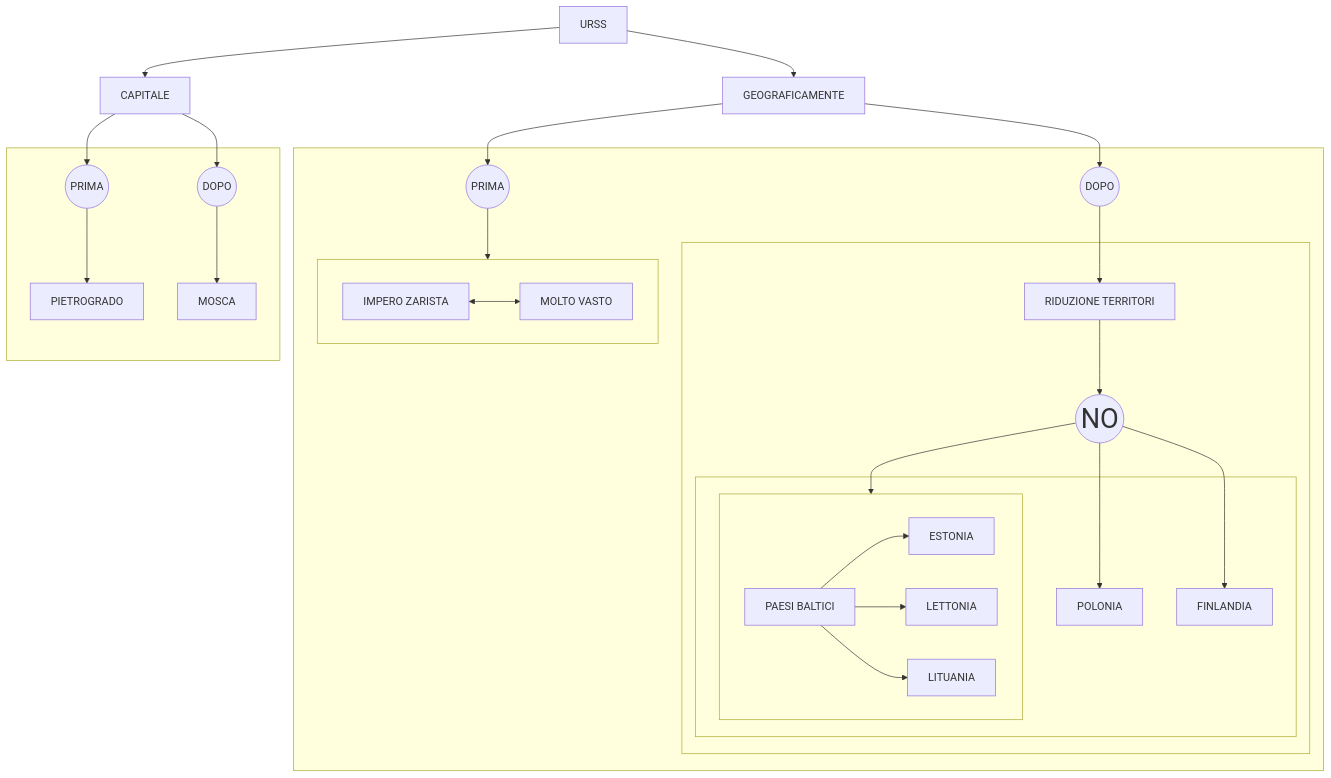
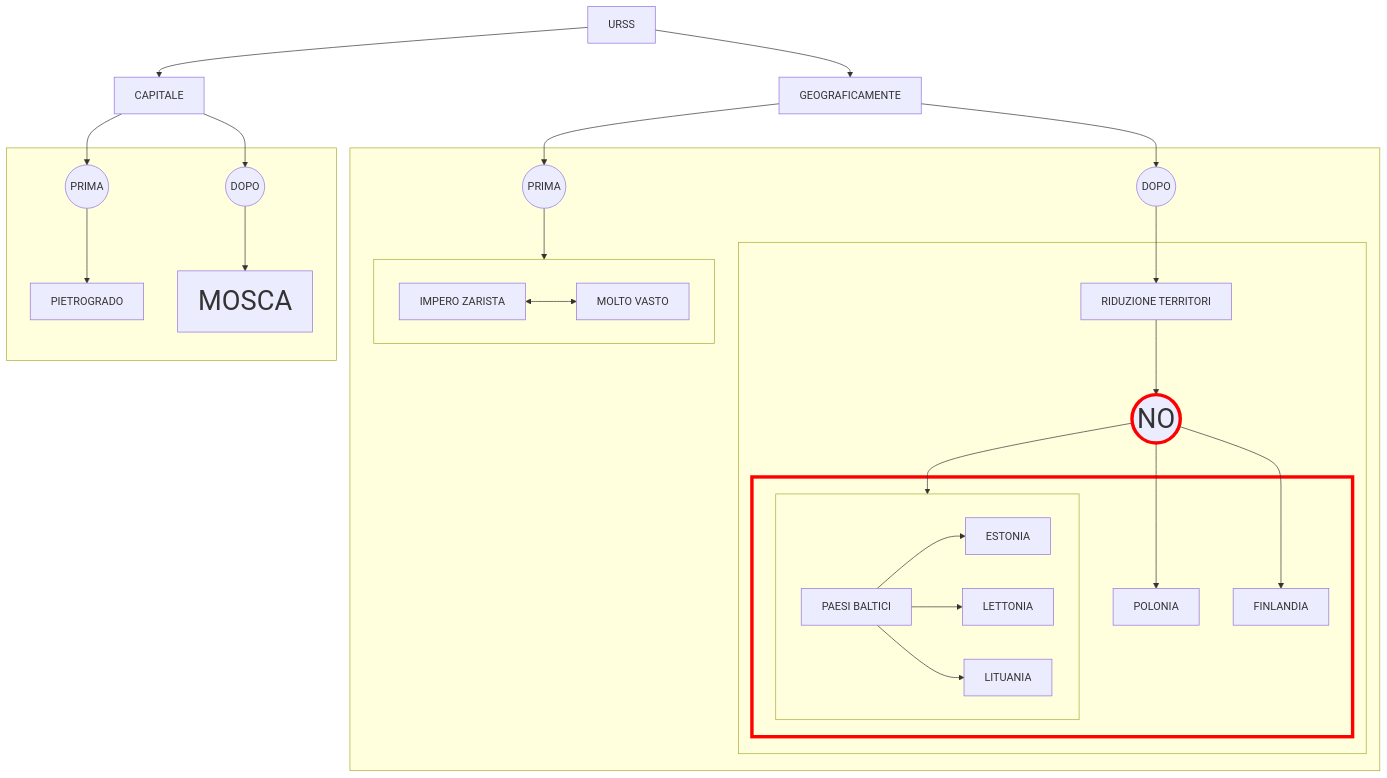
Before and after one commit to Laaouatni/ricerca-storia-MermaidJS: the diagram in prova.md, drawn with Mermaid.

````diff
--- a/prova.md
+++ b/prova.md
@@ -1,58 +1,62 @@
 ```mermaid
 flowchart TB
     0[URSS]
     
     1[CAPITALE]
     subgraph 4[" "]
         10((PRIMA))
         100[PIETROGRADO]
         11((DOPO))
         110[MOSCA]
+        style 110 font-size: 40px;
     end
 
     2[GEOGRAFICAMENTE]
 
     subgraph 5[" "]
         20((PRIMA))
 
         subgraph 6[" "]
           200[IMPERO ZARISTA]
           201[MOLTO VASTO]
           200 <--> 201
         end
 
         21((DOPO))
         subgraph 9[" "]
 
             210[RIDUZIONE TERRITORI]
-            2100((NO))
+
+            classDef rosso stroke:#FF0000,stroke-width:5px;
+            2100((NO)):::rosso
             style 2100 font-size: 40px;
 
             subgraph 7[" "]
               30[POLONIA]
 
               subgraph 8[" "]
                 31[PAESI BALTICI]
                 310[ESTONIA]
                 311[LETTONIA]
                 312[LITUANIA]
               end
 
               32[FINLANDIA]
             end
+            7:::rosso
         end
     end
 
     0 --> 1 & 2
     1 --> 10 & 11
     10 --> 100
     11 --> 110
     2 --> 20 & 21
     20 --> 6
     21 --> 210
     210 --> 2100
     2100 --> 30 & 8 & 32
     31 --> 310 & 311 & 312
 
 
 ```
````
